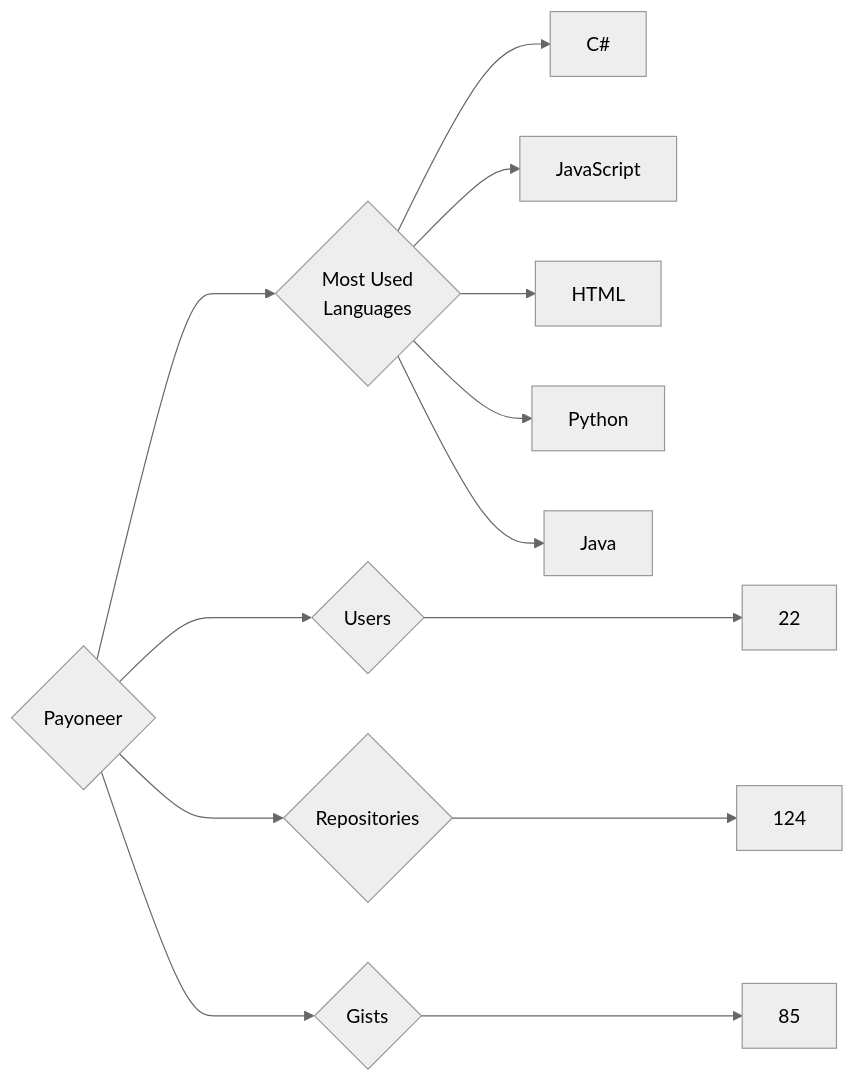
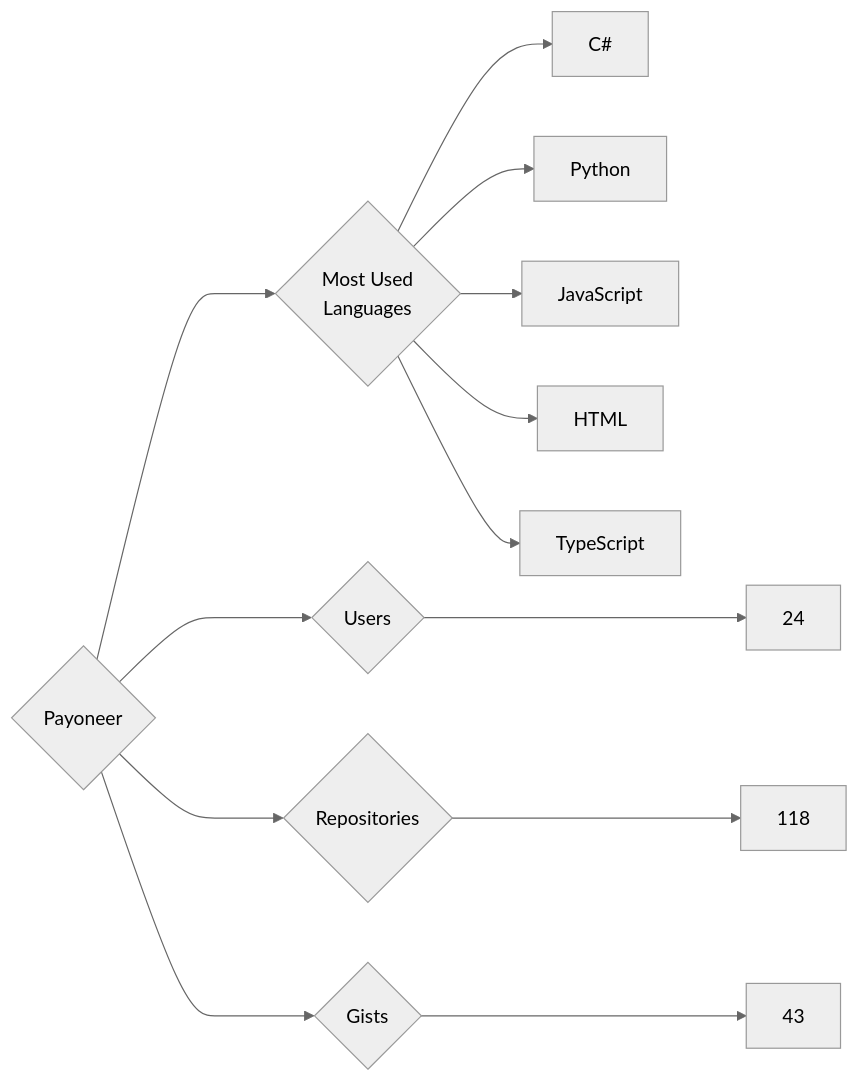
The diagram in targets/Payoneer/README.md (trickest/insiders), drawn with Mermaid (neutral theme) before and after one commit. The commit also changed 796 other files, not shown here.

````diff
--- a/targets/Payoneer/README.md
+++ b/targets/Payoneer/README.md
@@ -3,13 +3,13 @@
 ```mermaid
 graph LR
 COMPANY_NAME{Payoneer}
-COMPANY_NAME ---> U{Users} ---> UN[22]
-COMPANY_NAME ---> R{Repositories} ---> RN[124]
-COMPANY_NAME ---> G{Gists} ---> GN[85]
+COMPANY_NAME ---> U{Users} ---> UN[24]
+COMPANY_NAME ---> R{Repositories} ---> RN[118]
+COMPANY_NAME ---> G{Gists} ---> GN[43]
 COMPANY_NAME ---> ML{Most Used<br>Languages}
 ML --> C#[C#]
+ML --> Python[Python]
 ML --> JavaScript[JavaScript]
 ML --> HTML[HTML]
-ML --> Python[Python]
-ML --> Java[Java]
+ML --> TypeScript[TypeScript]
 ```
````
